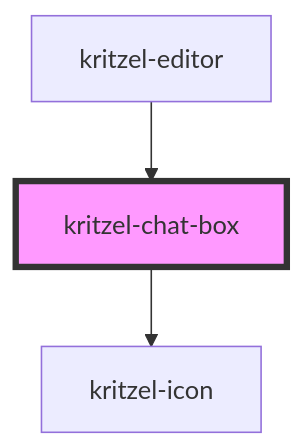
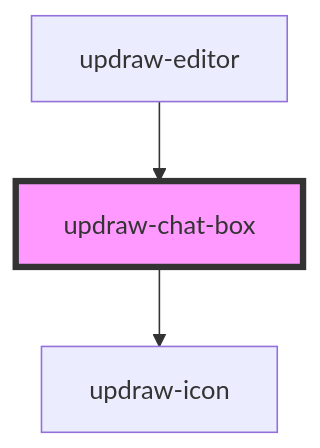
Before and after one commit to kasual1/kritzel: the diagram in libs/editor/core/src/components/updraw-chat-box/readme.md, drawn with Mermaid. The commit also changed other lines of this file and 1129 other files, not shown here.

First line of the commit message:
Replace kritzel with updraw across the codebase

````diff
--- a/libs/editor/core/src/components/updraw-chat-box/readme.md
+++ b/libs/editor/core/src/components/updraw-chat-box/readme.md
@@ -60,6 +60,6 @@
 ```mermaid
 graph TD;
-  kritzel-chat-box --> kritzel-icon
-  kritzel-editor --> kritzel-chat-box
-  style kritzel-chat-box fill:#f9f,stroke:#333,stroke-width:4px
+  updraw-chat-box --> updraw-icon
+  updraw-editor --> updraw-chat-box
+  style updraw-chat-box fill:#f9f,stroke:#333,stroke-width:4px
 ```
````
